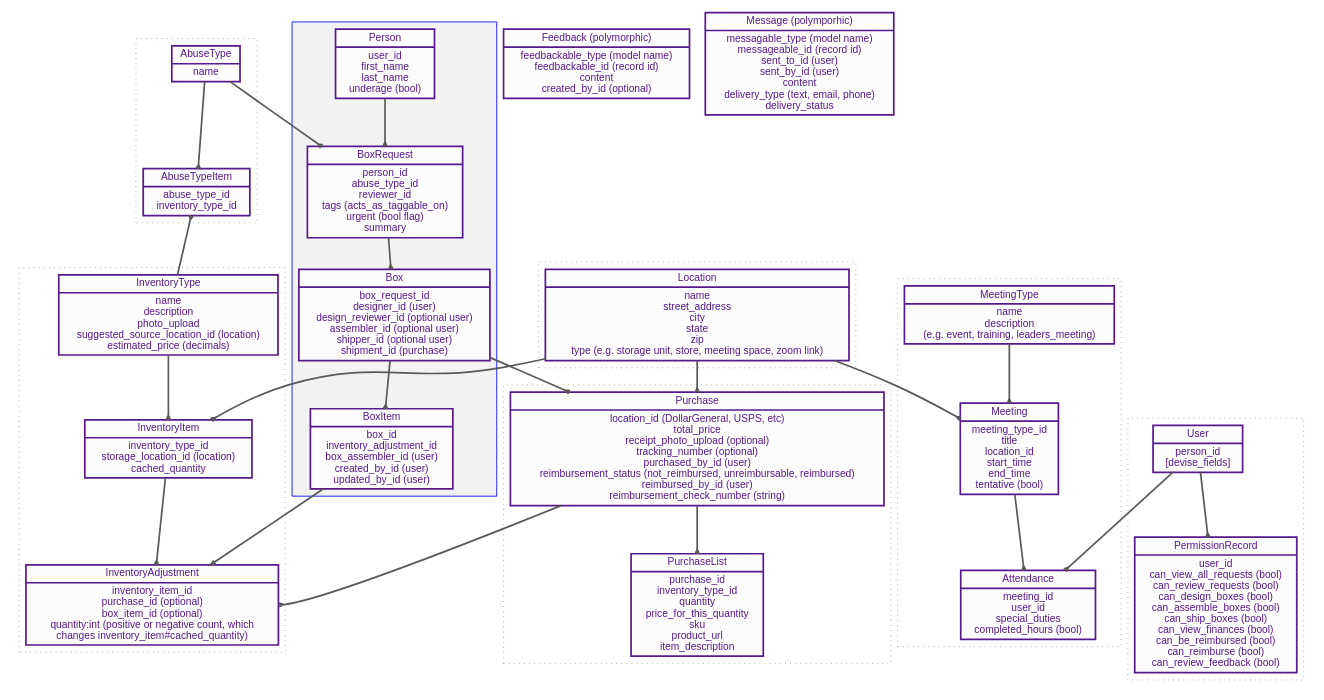
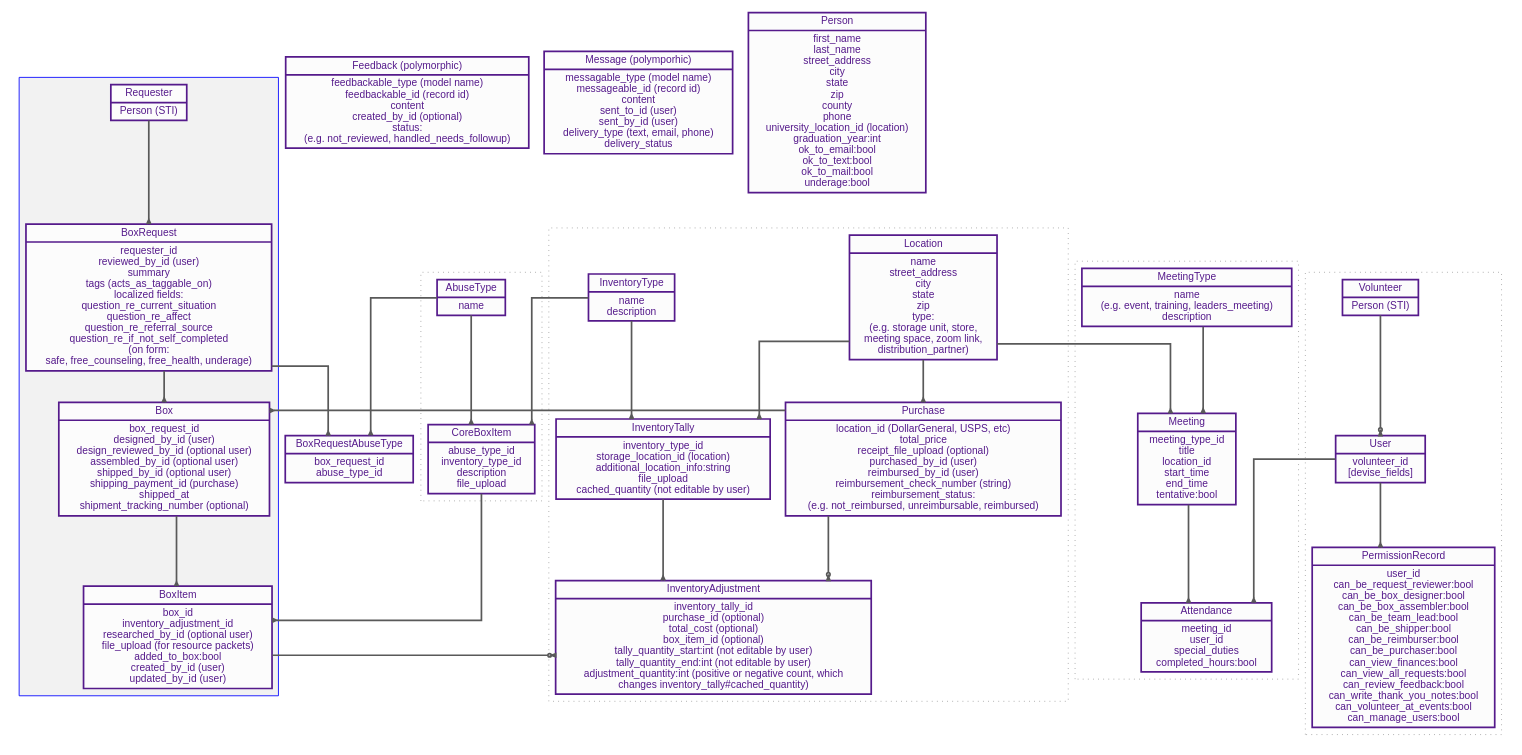
Before and after one commit to rubyforgood/voices-of-consent: the diagram in notes/database-diagram.dot, drawn with Graphviz. The commit also changed other lines of this file and 1 other file, not shown here.

Commit message:
current data diagram

```diff
--- a/notes/database-diagram.dot
+++ b/notes/database-diagram.dot
@@ -1,254 +1,285 @@
 digraph G {
 
-  // start styles
-  // rankdir=LR
-
-  graph [fontname="helvetica",fontsize=14,splines=true,pad=0.1,compound=true,color="grey60",fontcolor="grey10",fillcolor=grey95,style="filled"];
-  node [fontname="helvetica",fontsize=12,color=purple4,shape=box,style="filled",fontcolor=purple4,fillcolor=grey99,penwidth=2];
-  edge [fontname="helvetica",color=grey35,fontcolor=black,arrowhead="normal",penwidth=2,arrowsize=0.5];
-
-  // end styles
-
-  subgraph cluster_c0 {
-    AbuseType -> AbuseTypeItem [arrowhead=crow];
-    style="dotted"
-  }
+    ///// start styles
+        // rankdir=LR
+        graph [fontname="helvetica",fontsize=14,splines=ortho,pad=0.1,compound=true,color="grey60",fontcolor="grey10",fillcolor=grey95,style="filled"];
+        node [fontname="helvetica",fontsize=12,color=purple4,shape=box,style="filled",fontcolor=purple4,fillcolor=grey99,penwidth=2];
+        edge [fontname="helvetica",color=grey35,fontcolor=black,arrowhead="normal",penwidth=2,arrowsize=0.5];
+    ///// end styles
 
 
-  subgraph cluster_c2 {
-    InventoryType -> InventoryItem [arrowhead=crow];
-    InventoryItem -> InventoryAdjustment [arrowhead=crow];
-    style="dotted"
-      node [color=blue,
-           style=filled,
-           fontcolor=black]
-  }
-
-  subgraph cluster_c3 {
-    color="blue";
-    Person -> BoxRequest [arrowhead=crow];
-    BoxRequest -> Box [arrowhead=crow];
-    Box -> BoxItem [arrowhead=crow];
-
-  }
-
-  subgraph cluster_c4 {
-    MeetingType -> Meeting [arrowhead=crow];
-    Meeting -> Attendance  [arrowhead=crow];
-    style="dotted"
-  }
-
-  subgraph cluster_c5 {
-    User -> PermissionRecord [arrowhead=crow];
-    style="dotted"
-  }
 
 
-  subgraph cluster_c6 {
-    Purchase -> PurchaseList [arrowhead=crow];
-    style="dotted"
-  }
+    subgraph cluster_c3 {
+        color="blue";
+        Requester -> BoxRequest [arrowhead=crow];
+        BoxRequest -> Box [arrowhead=crow];
+        Box -> BoxItem [arrowhead=crow];
 
-  subgraph cluster_c7 {
-    Location;
-    style="dotted"
-  }
+    }
 
-  AbuseType -> BoxRequest [arrowhead=crow];
-  InventoryType -> AbuseTypeItem [arrowhead=crow];
-  BoxItem -> InventoryAdjustment [arrowhead=one];
-  Purchase -> InventoryAdjustment:e [arrowhead=crow];
-  Box -> Purchase [arrowhead=crow];
-  Location -> InventoryItem [arrowhead=crow];
-  Location -> Meeting [arrowhead=crow];
-  Location -> Purchase [arrowhead=crow];
+    subgraph cluster_c2 {
+        InventoryType -> InventoryTally [arrowhead=crow];
+        InventoryTally -> InventoryAdjustment [arrowhead=crow];
+        Purchase;
+        Location;
+        style="dotted"
+        node [color=blue, style=filled, fontcolor=black]
+    }
 
-  //      User -> BoxRequest;
-  //      User -> Box;
-  //      User -> Purchase;
-  //      User -> BoxItem;
-  //      User -> Message [arrowhead=none];
-  User -> Attendance [arrowhead=crow];
-  // Box -> Message [arrowhead=crow];
+    subgraph cluster_c4 {
+        MeetingType -> Meeting [arrowhead=crow];
+        Meeting -> Attendance  [arrowhead=crow];
+        style="dotted"
+    }
+
+    subgraph cluster_c0 {
+        AbuseType -> CoreBoxItem [arrowhead=crow];
+        style="dotted"
+    }
 
 
-  //  ******RELATIONS*******
-  Feedback [
-    shape=record;
-  label="{Feedback (polymorphic)|
-    feedbackable_type (model name)\n
-    feedbackable_id (record id)\n
-    content\n
-    created_by_id (optional)\n
+    subgraph cluster_c5 {
+        Volunteer -> User [arrowhead=invodot];
+        User -> PermissionRecord [arrowhead=crow];
+        style="dotted"
+    }
 
 
-}"]
-Message [
-  shape=record;
-  label="{Message (polymporhic)|
-  messagable_type (model name)\n
-  messageable_id (record id)\n
-  sent_to_id (user)\n
-  sent_by_id (user)\n
-  content\n
-  delivery_type (text, email, phone)\n
-  delivery_status\n
-  }"]
+    //   subgraph cluster_c7 {
+    //     Location;
+    //     style="dotted"
+    // }
 
-Location [
-  shape=record;
-  label="{Location|
-  name\n
-  street_address\n
-  city\n
-  state\n
-  zip\n
-  type (e.g. storage unit, store, meeting space, zoom link)\n
-  }"]
-Person [
-  shape=record;
-  label="{
-    Person|
-      user_id\n
-      first_name\n
-      last_name\n
-      underage (bool)\n
-  }"]
-AbuseType [
-  shape=record;
-  label="{
-    AbuseType|
-      name\n
-  }"]
-AbuseTypeItem [
-  shape=record;
-  label="{
-    AbuseTypeItem|
-      abuse_type_id\n
-      inventory_type_id\n
-  }"]
-BoxRequest [
-  shape=record;
-  label="{BoxRequest|
-  person_id\n
-  abuse_type_id\n
-  reviewer_id\n
-  tags (acts_as_taggable_on)\n
-  urgent (bool flag)\n
-  summary\n
-  }"]
-Purchase [
-  shape=record;
-  label="{Purchase|
-  location_id (DollarGeneral, USPS, etc)\n
-  total_price\n
-  receipt_photo_upload (optional)\n
-  tracking_number (optional)\n
-  purchased_by_id (user)\n
-  reimbursement_status (not_reimbursed, unreimbursable, reimbursed)\n
-  reimbursed_by_id (user)\n
-  reimbursement_check_number (string)\n
 
-  }"]
-PurchaseList [
-  shape=record;
-  label="{PurchaseList|
-  purchase_id\n
-  inventory_type_id\n
-  quantity\n
-  price_for_this_quantity\n
-  sku\n
-  product_url\n
-  item_description\n
-  }"]
-InventoryType [
-  shape=record;
-  label="{InventoryType|
-  name\n
-  description\n
-  photo_upload\n
-  suggested_source_location_id (location)\n
-  estimated_price (decimals)\n
-  }"]
-InventoryItem [
-  shape=record;
-  label="{InventoryItem|
-  inventory_type_id\n
-  storage_location_id (location)\n
-  cached_quantity\n
-  }"]
-InventoryAdjustment [
-  shape=record;
-  label="{InventoryAdjustment|
-  inventory_item_id\n
-  purchase_id (optional)\n
-  box_item_id (optional)\n
-  quantity:int (positive or negative count, which \nchanges inventory_item#cached_quantity)\n
-  }"]
-User [
-  shape=record;
-  label="{User|
-  person_id\n
-  [devise_fields]
-  }"]
-Box [
-  shape=record;
-  label="{Box|
-  box_request_id\n
-  designer_id (user)\n
-  design_reviewer_id (optional user)\n
-  assembler_id (optional user)\n
-  shipper_id (optional user)\n
-shipment_id (purchase)
-  }"]
-BoxItem [
-  shape=record;
-  label="{BoxItem|
-  box_id\n
-  inventory_adjustment_id\n
-  box_assembler_id (user)\n
-  created_by_id (user)\n
-  updated_by_id (user)\n
-  }"]
-MeetingType [
-  shape=record;
-  label="{MeetingType|
-  name\n
-  description\n
-(e.g. event, training, leaders_meeting)
-  }"]
-Meeting [
-  shape=record;
-  label="{Meeting|
-  meeting_type_id\n
-  title\n
-  location_id\n
-  start_time\n
-  end_time\n
-  tentative (bool)\n
-  }"]
-Attendance [
-  shape=record;
-  label="{Attendance|
-  meeting_id\n
-  user_id\n
-  special_duties\n
-completed_hours (bool)
-  }"]
+    InventoryType -> CoreBoxItem [arrowhead=crow];
+    BoxItem -> InventoryAdjustment [arrowhead=invodot];
+    CoreBoxItem -> BoxItem [arrowhead=crow];
+    Purchase -> InventoryAdjustment [arrowhead=invodot];
+    Purchase -> Box [arrowhead=crow];
+    Location -> InventoryTally [arrowhead=crow];
+    Location -> Meeting [arrowhead=crow];
+    Location -> Purchase [arrowhead=crow];
+    AbuseType -> BoxRequestAbuseType [arrowhead=crow];
+    BoxRequest -> BoxRequestAbuseType [arrowhead=crow];
 
-PermissionRecord [
-  shape=record;
-  label="{PermissionRecord|
-  user_id\n
-  can_view_all_requests (bool)\n
-  can_review_requests (bool)\n
-  can_design_boxes (bool)\n
-  can_assemble_boxes (bool)\n
-  can_ship_boxes (bool)\n
-  can_view_finances (bool)\n
-  can_be_reimbursed (bool)\n
-  can_reimburse (bool)\n
-  can_review_feedback (bool)\n
-  }"]
+    // User -> Person;
+
+//      User -> BoxRequest;
+//      User -> Box;
+//      User -> Purchase;
+//      User -> BoxItem;
+//      User -> Message [arrowhead=none];
+    User -> Attendance [arrowhead=crow];
+    // Box -> Message [arrowhead=crow];
+
+
+    //  ******RELATIONS*******
+    Feedback [
+                shape=record;
+                label="{Feedback (polymorphic)|
+                    feedbackable_type (model name)\n
+                    feedbackable_id (record id)\n
+                    content\n
+                    created_by_id (optional)\n
+                    status:\n(e.g. not_reviewed, handled_needs_followup)\n
+                    }"]
+    Message [
+                shape=record;
+                label="{Message (polymporhic)|
+                    messagable_type (model name)\n
+                    messageable_id (record id)\n
+                    content\n
+                    sent_to_id (user)\n
+                    sent_by_id (user)\n
+                    delivery_type (text, email, phone)\n
+                    delivery_status\n
+                    }"]
+
+    Location [
+                shape=record;
+                label="{Location|
+                    name\n
+                    street_address\n
+                    city\n
+                    state\n
+                    zip\n
+                    type:\n(e.g. storage unit, store,\nmeeting space, zoom link,\ndistribution_partner)\n
+                    }"]
+    Requester [
+                shape=record;
+                label="{Requester|
+                    Person (STI)\n
+                    }"]
+    Volunteer [
+                shape=record;
+                label="{Volunteer|
+                    Person (STI)\n
+                    }"]
+    Person [
+                shape=record;
+                label="{
+                    Person|
+                    first_name\n
+                    last_name\n
+                    street_address\n
+                    city\n
+                    state\n
+                    zip\n
+                    county\n
+                    phone\n
+                    university_location_id (location)\n
+                    graduation_year:int\n
+                    ok_to_email:bool\n
+                    ok_to_text:bool\n
+                    ok_to_mail:bool\n
+                    underage:bool\n
+                    }"]
+    AbuseType [
+                shape=record;
+                label="{
+                    AbuseType|
+                    name\n
+                    }"]
+    BoxRequestAbuseType [
+                shape=record;
+                label="{
+                    BoxRequestAbuseType|
+                    box_request_id\n
+                    abuse_type_id\n
+                    }"]
+    CoreBoxItem [
+                shape=record;
+                label="{
+                    CoreBoxItem|
+                    abuse_type_id\n
+                    inventory_type_id\n
+                    description\n
+                    file_upload\n
+                    }"]
+    BoxRequest [
+                shape=record;
+                label="{BoxRequest|
+                    requester_id\n
+                    reviewed_by_id (user)\n
+                    summary\n
+                    tags (acts_as_taggable_on)\n
+                    localized fields:\n
+                    question_re_current_situation\n
+                    question_re_affect\n
+                    question_re_referral_source\n
+                    question_re_if_not_self_completed\n
+                    (on form:\nsafe, free_counseling, free_health, underage)
+                    }"]
+    Purchase [
+                shape=record;
+                label="{Purchase|
+                    location_id (DollarGeneral, USPS, etc)\n
+                    total_price\n
+                    receipt_file_upload (optional)\n
+                    purchased_by_id (user)\n
+                    reimbursed_by_id (user)\n
+                    reimbursement_check_number (string)\n
+                    reimbursement_status: \n(e.g. not_reimbursed, unreimbursable, reimbursed)\n
+                    }"]
+    InventoryType [
+                shape=record;
+                label="{InventoryType|
+                    name\n
+                    description\n
+                    }"]
+    InventoryTally [
+                shape=record;
+                label="{InventoryTally|
+                    inventory_type_id\n
+                    storage_location_id (location)\n
+                    additional_location_info:string\n
+                    file_upload\n
+                    cached_quantity (not editable by user)\n
+                    }"]
+    InventoryAdjustment [
+                shape=record;
+                label="{InventoryAdjustment|
+                    inventory_tally_id\n
+                    purchase_id (optional)\n
+                    total_cost (optional)\n
+                    box_item_id (optional)\n
+                    tally_quantity_start:int (not editable by user)\n
+                    tally_quantity_end:int (not editable by user)\n
+                    adjustment_quantity:int (positive or negative count, which \nchanges inventory_tally#cached_quantity)\n
+
+                    }"]
+    User [
+                shape=record;
+                label="{User|
+                    volunteer_id\n
+                    [devise_fields]
+                    }"]
+    Box [
+                shape=record;
+                label="{Box|
+                    box_request_id\n
+                    designed_by_id (user)\n
+                    design_reviewed_by_id (optional user)\n
+                    assembled_by_id (optional user)\n
+                    shipped_by_id (optional user)\n
+                    shipping_payment_id (purchase)\n
+                    shipped_at\n
+                    shipment_tracking_number (optional)\n
+                    }"]
+    BoxItem [
+                shape=record;
+                label="{BoxItem|
+                    box_id\n
+                    inventory_adjustment_id\n
+                    researched_by_id (optional user)\n
+                    file_upload (for resource packets)\n
+                    added_to_box:bool\n
+                    created_by_id (user)\n
+                    updated_by_id (user)\n
+                    }"]
+    MeetingType [
+                shape=record;
+                label="{MeetingType|
+                    name\n(e.g. event, training, leaders_meeting)\n
+                    description\n
+                    }"]
+    Meeting [
+                shape=record;
+                label="{Meeting|
+                    meeting_type_id\n
+                    title\n
+                    location_id\n
+                    start_time\n
+                    end_time\n
+                    tentative:bool\n
+                    }"]
+    Attendance [
+                shape=record;
+                label="{Attendance|
+                    meeting_id\n
+                    user_id\n
+                    special_duties\n
+                    completed_hours:bool\n
+                    }"]
+
+    PermissionRecord [
+                shape=record;
+                label="{PermissionRecord|
+                    user_id\n
+                    can_be_request_reviewer:bool\n
+                    can_be_box_designer:bool\n
+                    can_be_box_assembler:bool\n
+                    can_be_team_lead:bool\n
+                    can_be_shipper:bool\n
+                    can_be_reimburser:bool\n
+                    can_be_purchaser:bool\n
+                    can_view_finances:bool\n
+                    can_view_all_requests:bool\n
+                    can_review_feedback:bool\n
+                    can_write_thank_you_notes:bool\n
+                    can_volunteer_at_events:bool\n
+                    can_manage_users:bool\n
+                    }"]
 
 }
```
